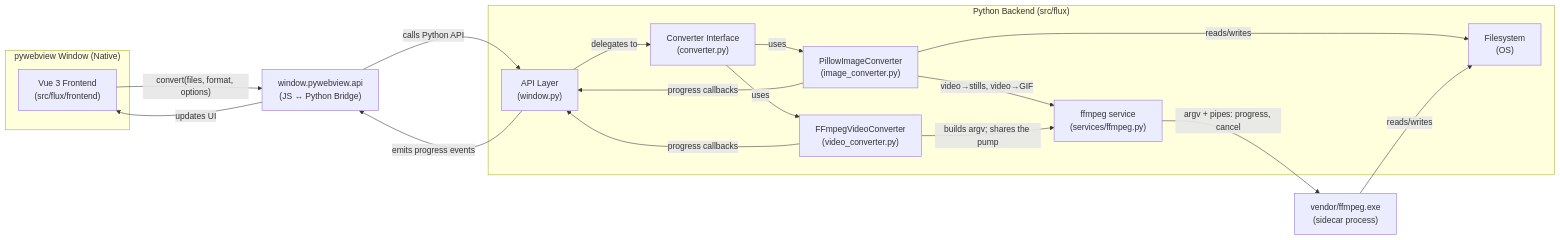
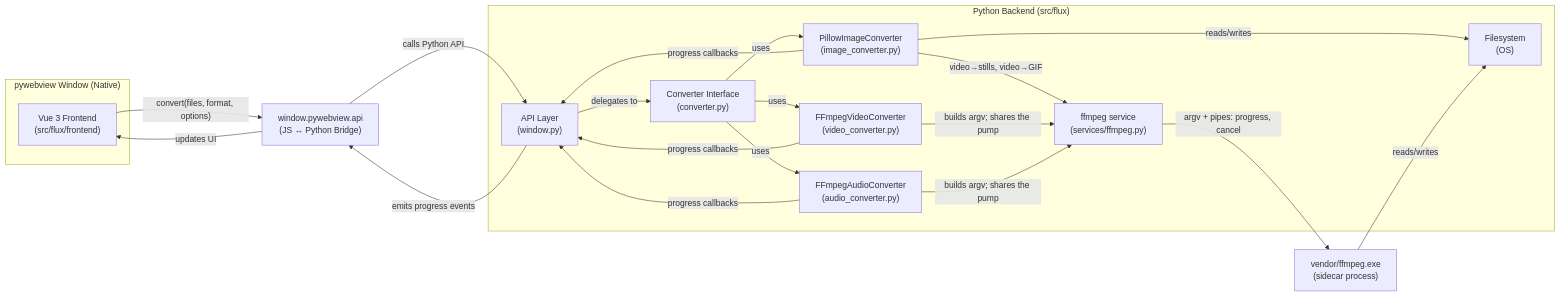
One commit to agniveshtm/flux changed the diagram in docs/ARCHITECTURE.md. Above: the diagram before and after it, drawn with Mermaid. The commit also changed other lines of this file and 20 other files, not shown here.

````diff
--- a/docs/ARCHITECTURE.md
+++ b/docs/ARCHITECTURE.md
@@ -5,34 +5,38 @@
 ```mermaid
 flowchart LR
     subgraph Desktop["pywebview Window (Native)"]
         FE["Vue 3 Frontend\n(src/flux/frontend)"]
     end
 
     Bridge["window.pywebview.api\n(JS ↔ Python Bridge)"]
 
     subgraph Backend["Python Backend (src/flux)"]
         API["API Layer\n(window.py)"]
         Conv["Converter Interface\n(converter.py)"]
         ImgConv["PillowImageConverter\n(image_converter.py)"]
         VidConv["FFmpegVideoConverter\n(video_converter.py)"]
+        AudConv["FFmpegAudioConverter\n(audio_converter.py)"]
         FFmpegSvc["ffmpeg service\n(services/ffmpeg.py)"]
         FS["Filesystem\n(OS)"]
     end
 
     FFmpeg["vendor/ffmpeg.exe\n(sidecar process)"]
 
     FE -- "convert(files, format, options)" --> Bridge
     Bridge -- "calls Python API" --> API
     API -- "delegates to" --> Conv
     Conv -- "uses" --> ImgConv
     Conv -- "uses" --> VidConv
+    Conv -- "uses" --> AudConv
     ImgConv -- "video→stills, video→GIF" --> FFmpegSvc
     VidConv -- "builds argv; shares the pump" --> FFmpegSvc
+    AudConv -- "builds argv; shares the pump" --> FFmpegSvc
     FFmpegSvc -- "argv + pipes: progress, cancel" --> FFmpeg
     ImgConv -- "reads/writes" --> FS
     FFmpeg -- "reads/writes" --> FS
     ImgConv -- "progress callbacks" --> API
     VidConv -- "progress callbacks" --> API
+    AudConv -- "progress callbacks" --> API
     API -- "emits progress events" --> Bridge
     Bridge -- "updates UI" --> FE
 ```
````
